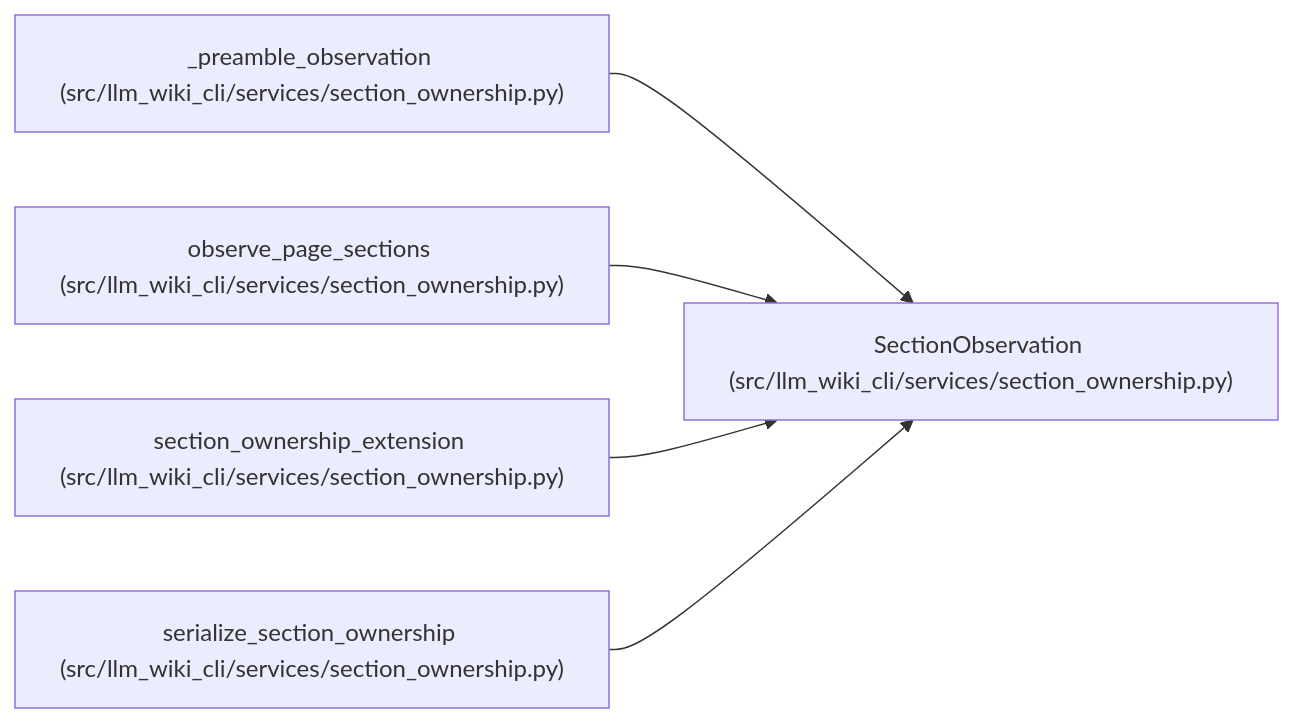
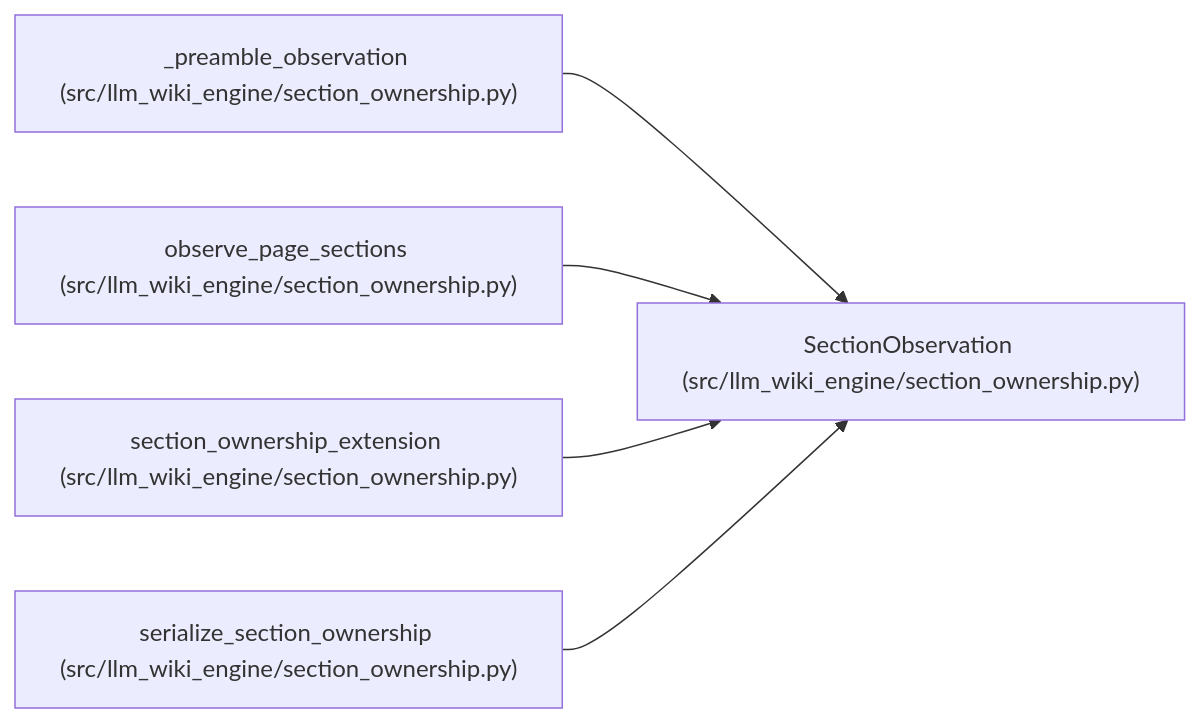
The diagram in docs/llm_wiki/entities/SectionObservation.md (Denissvgn/python-wiki-llm), drawn with Mermaid before and after one commit. The commit also changed other lines of this file and 1103 other files, not shown here.

First line of the commit message:
docs: refresh the wiki for the llm-wiki-engine distribution

````diff
--- a/docs/llm_wiki/entities/SectionObservation.md
+++ b/docs/llm_wiki/entities/SectionObservation.md
@@ -41,17 +41,17 @@
 ```mermaid
 flowchart LR
-    n0["SectionObservation (src/llm_wiki_cli/services/section_ownership.py)"]
-    n1["_preamble_observation (src/llm_wiki_cli/services/section_ownership.py)"]
-    n2["observe_page_sections (src/llm_wiki_cli/services/section_ownership.py)"]
-    n3["section_ownership_extension (src/llm_wiki_cli/services/section_ownership.py)"]
-    n4["serialize_section_ownership (src/llm_wiki_cli/services/section_ownership.py)"]
+    n0["SectionObservation (src/llm_wiki_engine/section_ownership.py)"]
+    n1["_preamble_observation (src/llm_wiki_engine/section_ownership.py)"]
+    n2["observe_page_sections (src/llm_wiki_engine/section_ownership.py)"]
+    n3["section_ownership_extension (src/llm_wiki_engine/section_ownership.py)"]
+    n4["serialize_section_ownership (src/llm_wiki_engine/section_ownership.py)"]
     n1 --> n0
     n2 --> n0
     n3 --> n0
     n4 --> n0
     click n0 "../modules/section_ownership.md"
     click n1 "../modules/section_ownership.md"
     click n2 "../modules/section_ownership.md"
     click n3 "../modules/section_ownership.md"
     click n4 "../modules/section_ownership.md"
 ```
````
